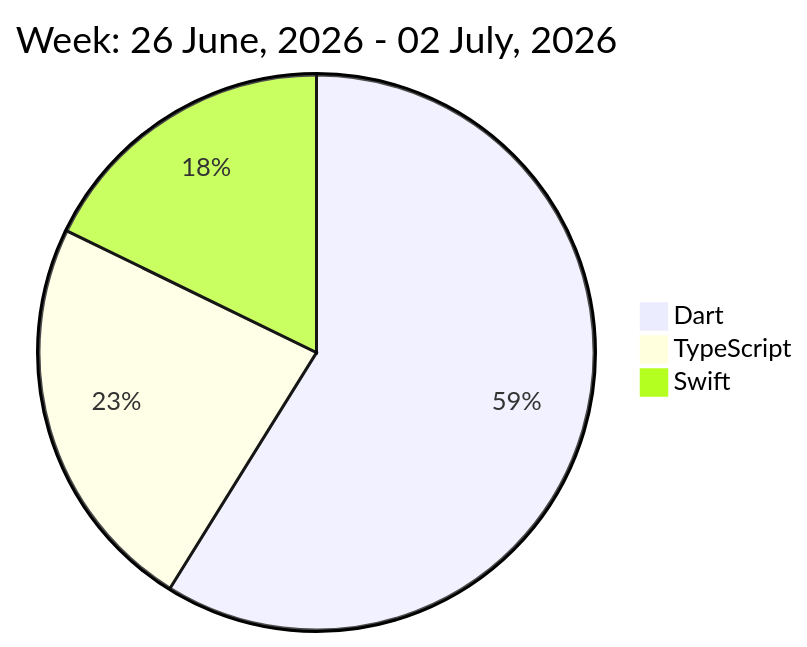
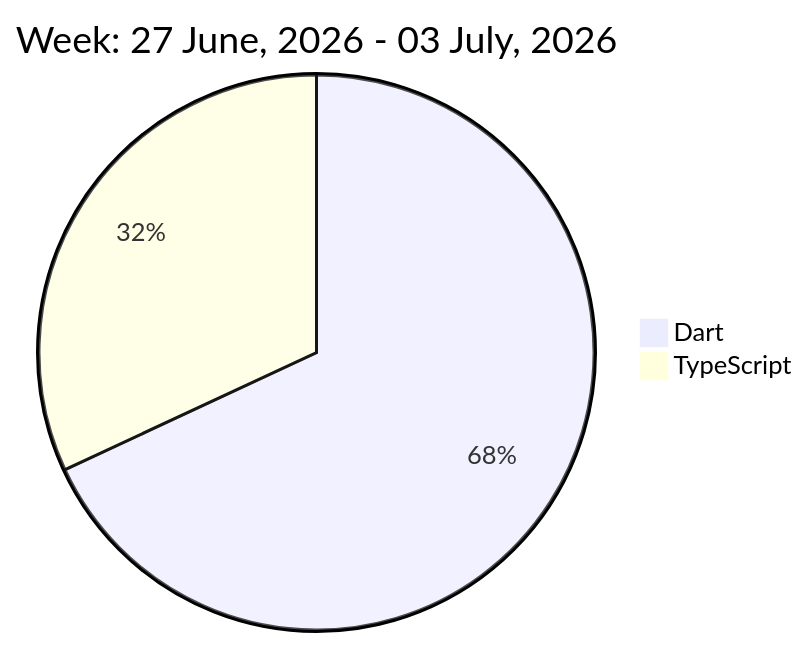
The diagram in README.md (liubin95/liubin95), drawn with Mermaid before and after one commit.

Commit message:
Updated the Graph with new Metrics

````diff
--- a/README.md
+++ b/README.md
@@ -32,7 +32,6 @@
 ```mermaid
  pie
-title Week: 26 June, 2026 - 02 July, 2026
- "Dart" : 6.85
- "TypeScript" : 2.72
- "Swift" : 2.07
+title Week: 27 June, 2026 - 03 July, 2026
+ "Dart" : 6.67
+ "TypeScript" : 3.13
 ```
````
